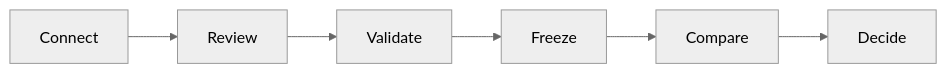
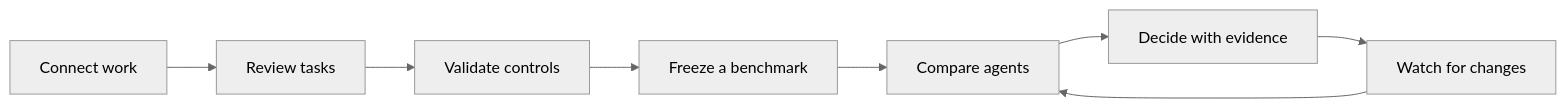
Before and after one commit to sumervaid/everval-ai: the diagram in README.md, drawn with Mermaid (neutral theme). The commit also changed other lines of this file and 29 other files, not shown here.

````diff
--- a/README.md
+++ b/README.md
@@ -42,8 +47,10 @@
 ```mermaid
 flowchart LR
-    A[Connect] --> B[Review]
-    B --> C[Validate]
-    C --> D[Freeze]
-    D --> E[Compare]
-    E --> F[Decide]
+    A[Connect work] --> B[Review tasks]
+    B --> C[Validate controls]
+    C --> D[Freeze a benchmark]
+    D --> E[Compare agents]
+    E --> F[Decide with evidence]
+    F --> G[Watch for changes]
+    G --> E
 ```
````
